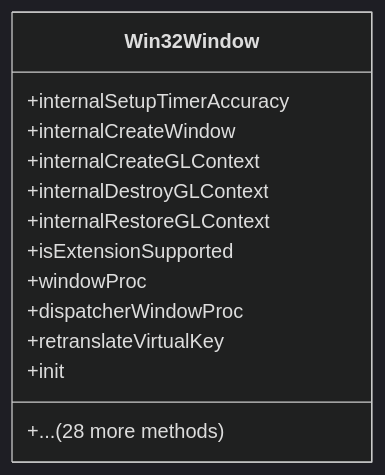
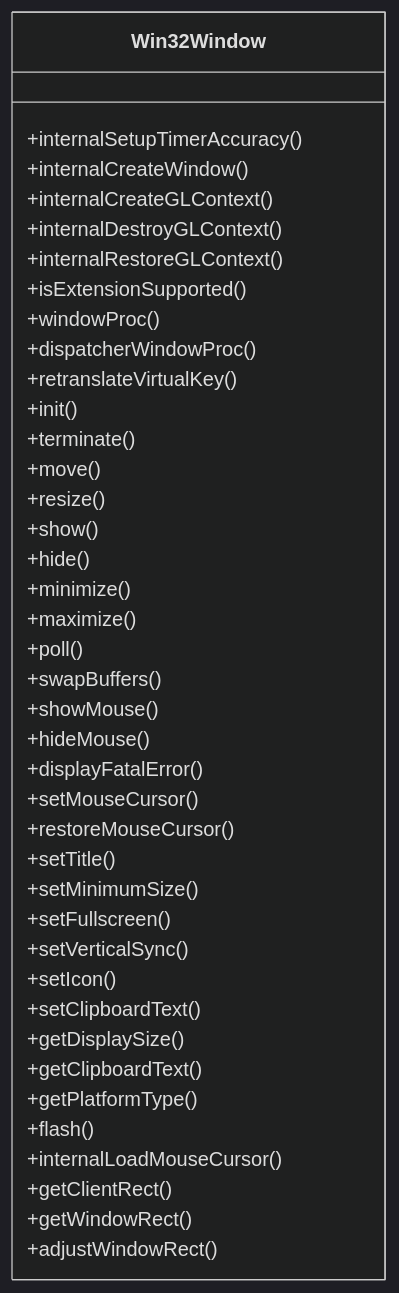
Before and after one commit to lukaszj321/otcv8-dev: the diagram in docs/authoring/01_core/api/cpp/framework/diagrams/win32window.mmd, drawn with Mermaid. The commit also changed 60 other files, not shown here.

Commit message:
fix: show all methods in class diagrams without truncation

```diff
--- a/docs/authoring/01_core/api/cpp/framework/diagrams/win32window.mmd
+++ b/docs/authoring/01_core/api/cpp/framework/diagrams/win32window.mmd
@@ -1,15 +1,42 @@
 %%{init: {'theme':'dark','themeVariables': {'primaryTextColor':'#ddd','lineColor':'#9aa0a6'},'securityLevel':'loose'}}%%
 classDiagram
     class Win32Window {
-        +internalSetupTimerAccuracy
-        +internalCreateWindow
-        +internalCreateGLContext
-        +internalDestroyGLContext
-        +internalRestoreGLContext
-        +isExtensionSupported
-        +windowProc
-        +dispatcherWindowProc
-        +retranslateVirtualKey
-        +init
-        +... (28 more methods)
+        +internalSetupTimerAccuracy()
+        +internalCreateWindow()
+        +internalCreateGLContext()
+        +internalDestroyGLContext()
+        +internalRestoreGLContext()
+        +isExtensionSupported()
+        +windowProc()
+        +dispatcherWindowProc()
+        +retranslateVirtualKey()
+        +init()
+        +terminate()
+        +move()
+        +resize()
+        +show()
+        +hide()
+        +minimize()
+        +maximize()
+        +poll()
+        +swapBuffers()
+        +showMouse()
+        +hideMouse()
+        +displayFatalError()
+        +setMouseCursor()
+        +restoreMouseCursor()
+        +setTitle()
+        +setMinimumSize()
+        +setFullscreen()
+        +setVerticalSync()
+        +setIcon()
+        +setClipboardText()
+        +getDisplaySize()
+        +getClipboardText()
+        +getPlatformType()
+        +flash()
+        +internalLoadMouseCursor()
+        +getClientRect()
+        +getWindowRect()
+        +adjustWindowRect()
     }
```
